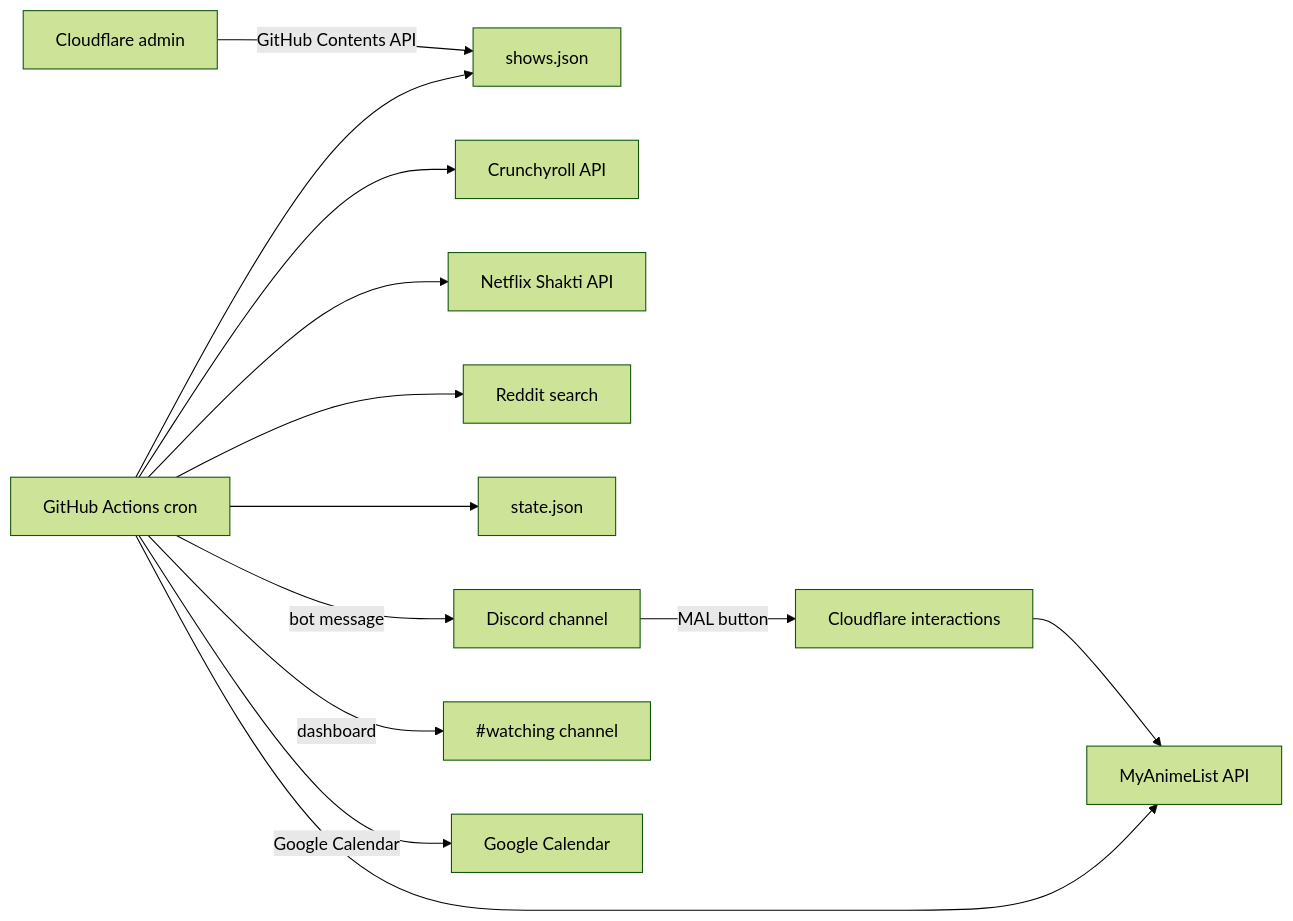
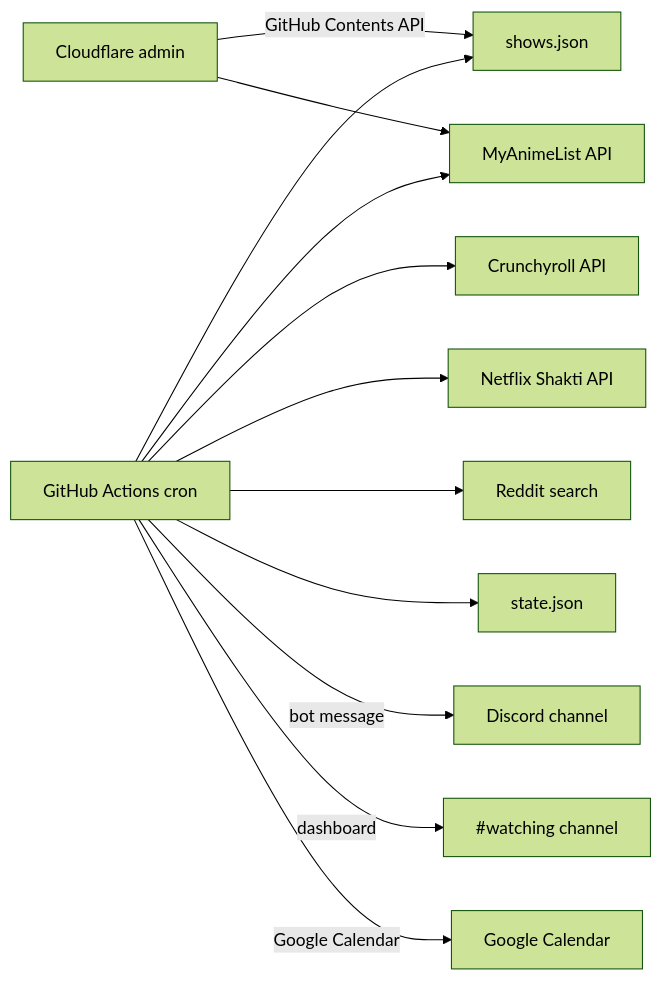
One commit to n9d0g/anime-ep-checker changed the diagram in README.md. Above: the diagram before and after it, drawn with Mermaid (forest theme). The commit also changed other lines of this file and 15 other files, not shown here.

````diff
--- a/README.md
+++ b/README.md
@@ -7,15 +7,14 @@
 ```mermaid
 flowchart LR
   Admin[Cloudflare admin] -->|GitHub Contents API| Shows[shows.json]
   Cron[GitHub Actions cron] --> Shows
   Cron --> CR[Crunchyroll API]
   Cron --> NF[Netflix Shakti API]
   Cron --> Reddit[Reddit search]
   Cron --> State[state.json]
   Cron -->|bot message| Discord[Discord channel]
   Cron -->|dashboard| Watching[#watching channel]
   Cron -->|Google Calendar| Calendar[Google Calendar]
-  Discord -->|MAL button| AdminWorker[Cloudflare interactions]
-  AdminWorker --> MAL[MyAnimeList API]
+  Admin --> MAL[MyAnimeList API]
   Cron --> MAL
 ```
````
